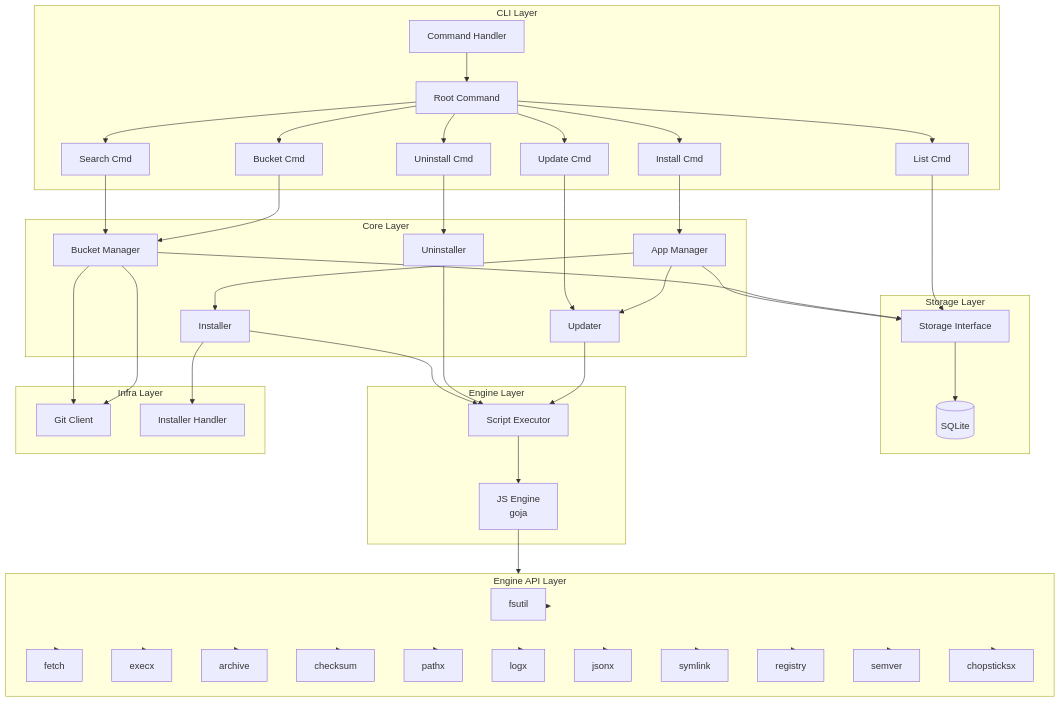
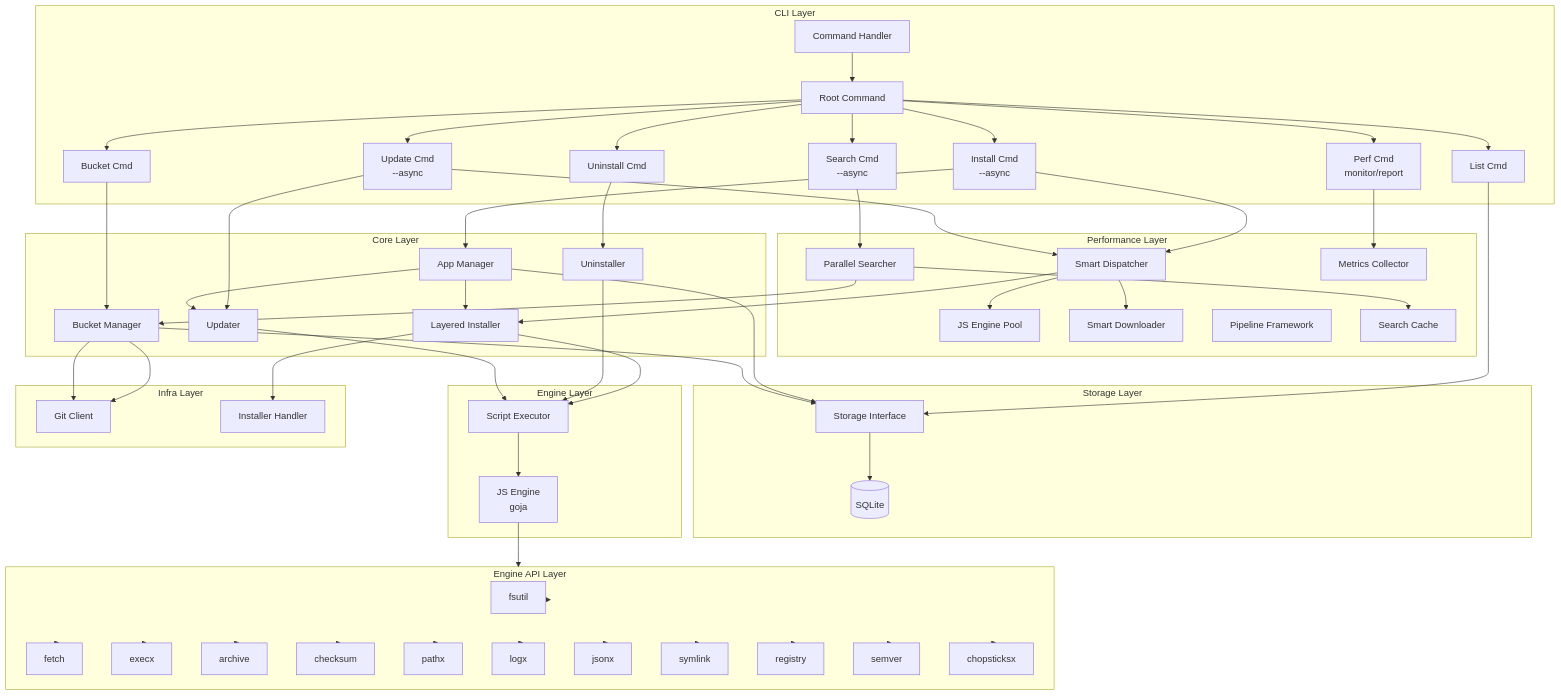
One commit to morning-start/chopsticks changed the first of 4 diagrams in wiki/ARCHITECTURE.md. Above: the diagram before and after it, drawn with Mermaid. The commit also changed other lines of this file and 1 other file, not shown here.

```diff
--- a/wiki/ARCHITECTURE.md
+++ b/wiki/ARCHITECTURE.md
@@ -87,18 +98,29 @@
     subgraph CLI[CLI Layer]
         CMD[Command Handler]
         ROOT[Root Command]
-        INSTALL[Install Cmd]
+        INSTALL[Install Cmd<br/>--async]
         UNINSTALL[Uninstall Cmd]
-        UPDATE[Update Cmd]
-        SEARCH[Search Cmd]
+        UPDATE[Update Cmd<br/>--async]
+        SEARCH[Search Cmd<br/>--async]
         LIST[List Cmd]
         BUCKET[Bucket Cmd]
+        PERF[Perf Cmd<br/>monitor/report]
+    end
+
+    subgraph PERF_LAYER[Performance Layer]
+        DISPATCHER[Smart Dispatcher]
+        POOL[JS Engine Pool]
+        DOWNLOADER[Smart Downloader]
+        P_SEARCHER[Parallel Searcher]
+        PIPELINE[Pipeline Framework]
+        METRICS[Metrics Collector]
+        CACHE[Search Cache]
     end
 
     subgraph CORE[Core Layer]
         APP_MGR[App Manager]
         BUCKET_MGR[Bucket Manager]
-        INSTALLER[Installer]
+        INSTALLER[Layered Installer]
         UNINSTALLER[Uninstaller]
         UPDATER[Updater]
     end
@@ -134,14 +156,20 @@
     end
 
     CMD --> ROOT
-    ROOT --> INSTALL & UNINSTALL & UPDATE & SEARCH & LIST & BUCKET
+    ROOT --> INSTALL & UNINSTALL & UPDATE & SEARCH & LIST & BUCKET & PERF
+
+    INSTALL & UPDATE --> DISPATCHER
+    SEARCH --> P_SEARCHER
+    PERF --> METRICS
+
+    DISPATCHER --> POOL & DOWNLOADER & INSTALLER
+    P_SEARCHER --> CACHE & BUCKET_MGR
 
     INSTALL --> APP_MGR
     UNINSTALL --> UNINSTALLER
     UPDATE --> UPDATER
-    SEARCH --> BUCKET_MGR
+    BUCKET --> BUCKET_MGR
     LIST --> STORAGE
-    BUCKET --> BUCKET_MGR
 
     APP_MGR --> INSTALLER & UPDATER
     BUCKET_MGR --> GIT
```
